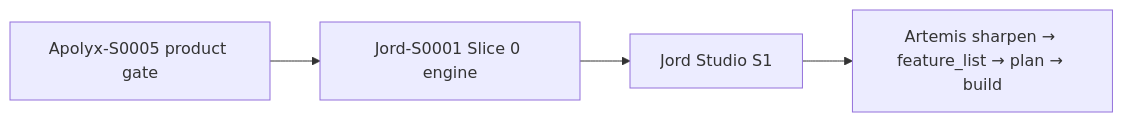
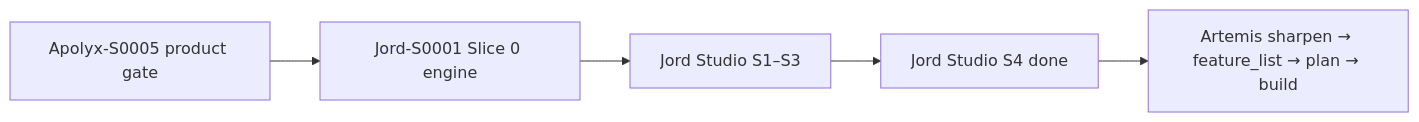
One commit to samtheory/altr.lab.turbo.v2 changed the diagram in Docs/plan/00-roadmap-apolyx-jord-artemis.md. Above: the diagram before and after it, drawn with Mermaid. The commit also changed other lines of this file and 42 other files, not shown here.

````diff
--- a/Docs/plan/00-roadmap-apolyx-jord-artemis.md
+++ b/Docs/plan/00-roadmap-apolyx-jord-artemis.md
@@ -20,6 +21,7 @@
 ```mermaid
 flowchart LR
   A5[Apolyx-S0005 product gate] --> J0[Jord-S0001 Slice 0 engine]
-  J0 --> JS1[Jord Studio S1]
-  JS1 --> Art[Artemis sharpen → feature_list → plan → build]
+  J0 --> JS1[Jord Studio S1–S3]
+  JS1 --> JS4[Jord Studio S4 done]
+  JS4 --> Art[Artemis sharpen → feature_list → plan → build]
 ```
````
